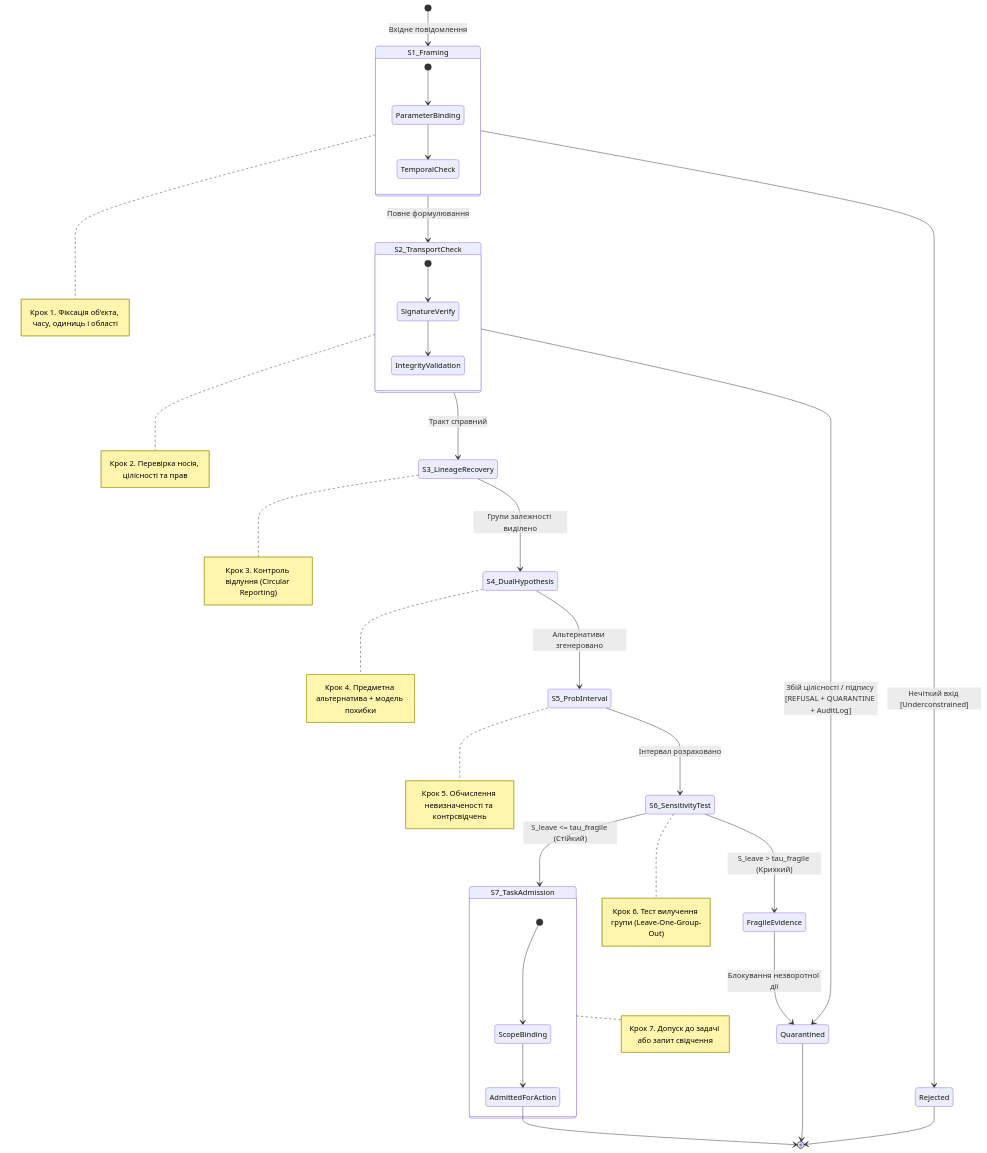
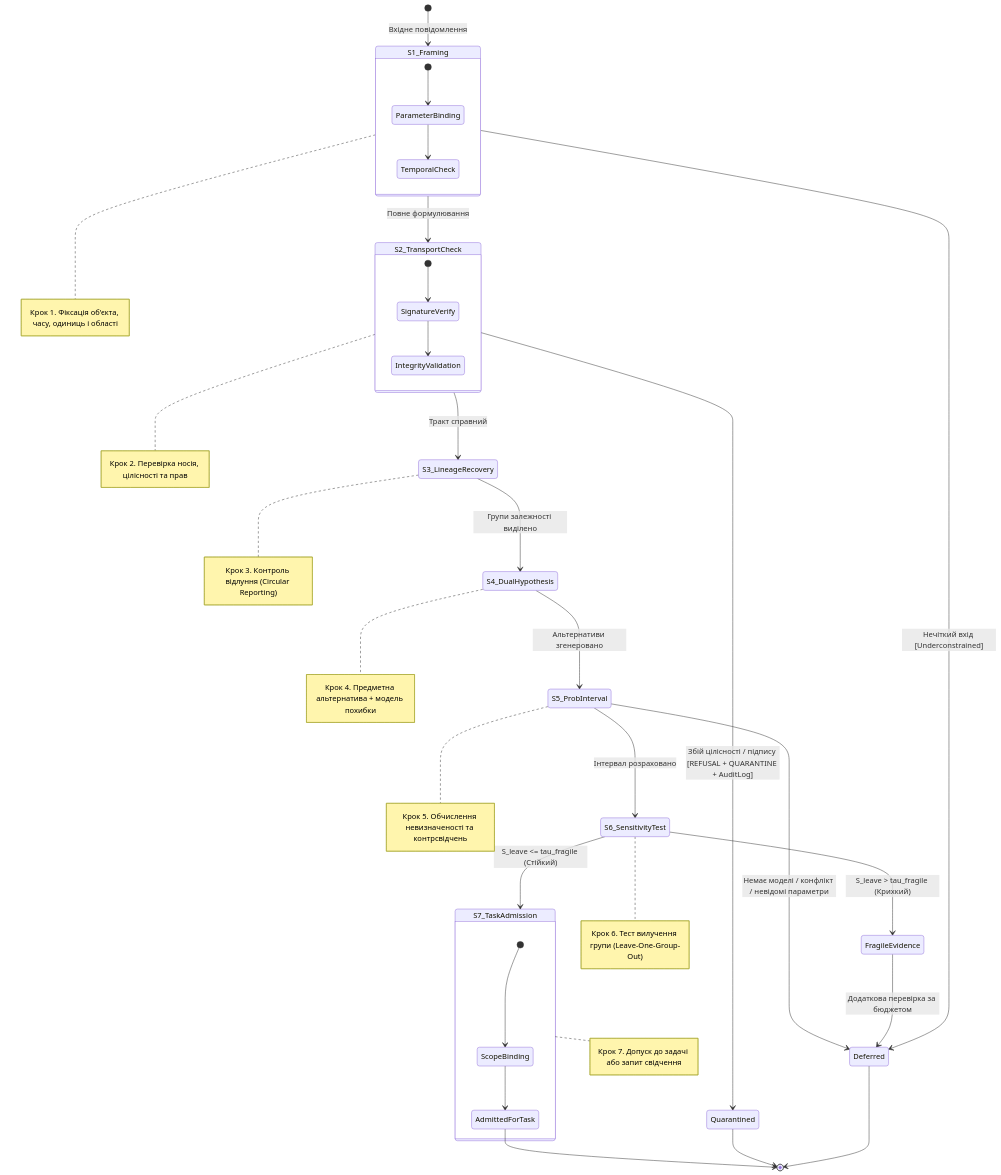
One commit to nick-fedchik/articles changed the fourth of 6 diagrams in ExpertSystem/ch37-input-information-assessment-and-algorithmic-skepticism.md. Above: the diagram before and after it, drawn with Mermaid. The commit also changed other lines of this file and 7 other files, not shown here.

````diff
--- a/ExpertSystem/ch37-input-information-assessment-and-algorithmic-skepticism.md
+++ b/ExpertSystem/ch37-input-information-assessment-and-algorithmic-skepticism.md
@@ -546,50 +685,51 @@
 ```mermaid
 stateDiagram-v2
     accTitle: Семикроковий детермінований алгоритм експертного скепсису
-    accDescr: Скінченний автомат поетапної верифікації вхідного повідомлення від ініціалізації до санкціонування дії.
+    accDescr: Перевірка підстав до допуску оцінки до задачі або відкладення; дозвіл дії та незалежний захист є окремими механізмами.
 
     [*] --> S1_Framing : Вхідне повідомлення
     
     state S1_Framing {
         [*] --> ParameterBinding
         ParameterBinding --> TemporalCheck
     }
     note right of S1_Framing : Крок 1. Фіксація об'єкта, часу, одиниць і області
 
     S1_Framing --> S2_TransportCheck : Повне формулювання
-    S1_Framing --> Rejected : Нечіткий вхід [Underconstrained]
+    S1_Framing --> Deferred : Нечіткий вхід [Underconstrained]
 
     state S2_TransportCheck {
         [*] --> SignatureVerify
         SignatureVerify --> IntegrityValidation
     }
     note right of S2_TransportCheck : Крок 2. Перевірка носія, цілісності та прав
 
     S2_TransportCheck --> S3_LineageRecovery : Тракт справний
     S2_TransportCheck --> Quarantined : Збій цілісності / підпису [REFUSAL + QUARANTINE + AuditLog]
 
     S3_LineageRecovery --> S4_DualHypothesis : Групи залежності виділено
     note right of S3_LineageRecovery : Крок 3. Контроль відлуння (Circular Reporting)
 
     S4_DualHypothesis --> S5_ProbInterval : Альтернативи згенеровано
     note right of S4_DualHypothesis : Крок 4. Предметна альтернатива + модель похибки
 
     S5_ProbInterval --> S6_SensitivityTest : Інтервал розраховано
+    S5_ProbInterval --> Deferred : Немає моделі / конфлікт / невідомі параметри
     note right of S5_ProbInterval : Крок 5. Обчислення невизначеності та контрсвідчень
 
     S6_SensitivityTest --> S7_TaskAdmission : S_leave <= tau_fragile (Стійкий)
     note right of S6_SensitivityTest : Крок 6. Тест вилучення групи (Leave-One-Group-Out)
     
     S6_SensitivityTest --> FragileEvidence : S_leave > tau_fragile (Крихкий)
 
     state S7_TaskAdmission {
         [*] --> ScopeBinding
-        ScopeBinding --> AdmittedForAction
+        ScopeBinding --> AdmittedForTask
     }
     note right of S7_TaskAdmission : Крок 7. Допуск до задачі або запит свідчення
 
-    AdmittedForAction --> [*]
-    FragileEvidence --> Quarantined : Блокування незворотної дії
+    AdmittedForTask --> [*]
+    FragileEvidence --> Deferred : Додаткова перевірка за бюджетом
     Quarantined --> [*]
-    Rejected --> [*]
+    Deferred --> [*]
 ```
````
